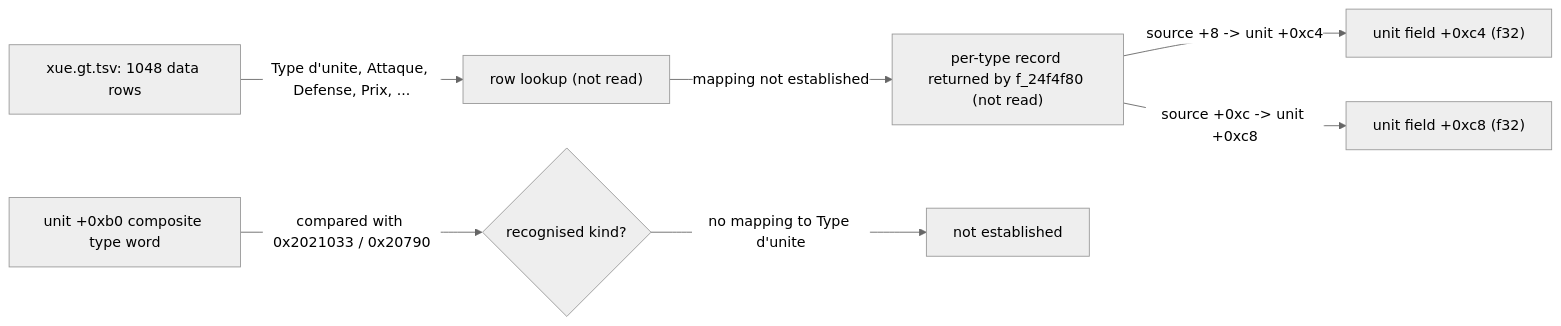
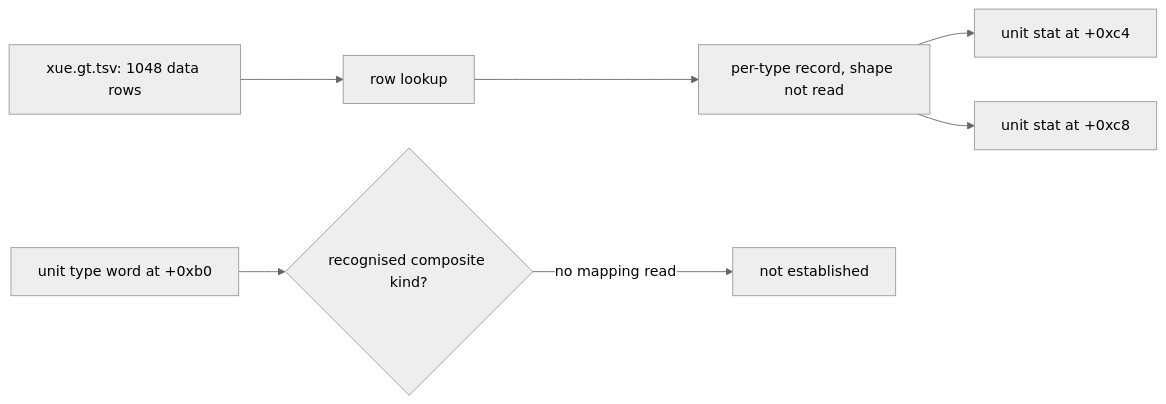
The second of 5 diagrams in 03_MILITARY.md (CthulhuOnIce/GPS-Docs), drawn with Mermaid (neutral theme) before and after one commit. The commit also changed other lines of this file and 5 other files, not shown here.

````diff
--- a/03_MILITARY.md
+++ b/03_MILITARY.md
@@ -167,9 +122,9 @@
 ```mermaid
 flowchart LR
-    T["xue.gt.tsv: 1048 data rows"] -->|"Type d'unite, Attaque, Defense, Prix, ..."| U["row lookup (not read)"]
-    U -->|"mapping not established"| P["per-type record returned by f_24f4f80 (not read)"]
-    P -->|"source +8 -> unit +0xc4"| A["unit field +0xc4 (f32)"]
-    P -->|"source +0xc -> unit +0xc8"| B["unit field +0xc8 (f32)"]
-    R["unit +0xb0 composite type word"] -->|"compared with 0x2021033 / 0x20790"| Q{"recognised kind?"}
-    Q -->|"no mapping to Type d'unite"| X["not established"]
+    T["xue.gt.tsv: 1048 data rows"] --> U["row lookup"]
+    U --> P["per-type record, shape not read"]
+    P --> A["unit stat at +0xc4"]
+    P --> B["unit stat at +0xc8"]
+    R["unit type word at +0xb0"] --> Q{"recognised composite kind?"}
+    Q -->|no mapping read| X["not established"]
 ```
````
